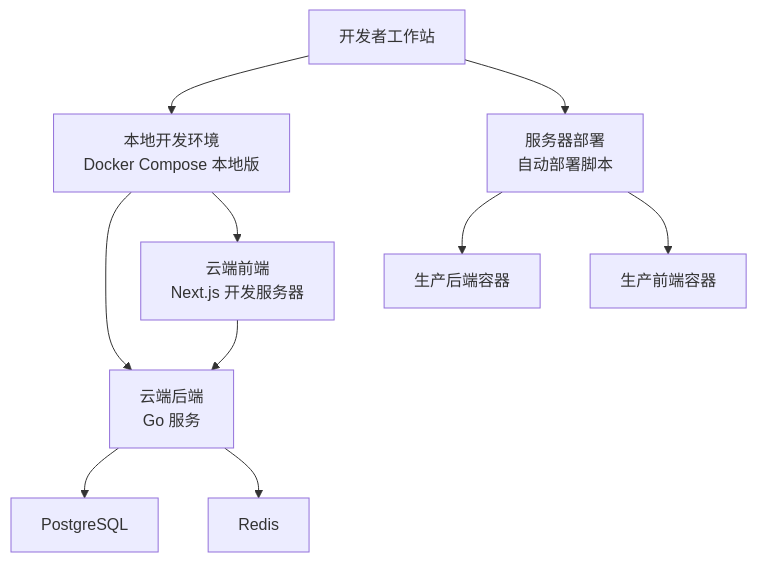
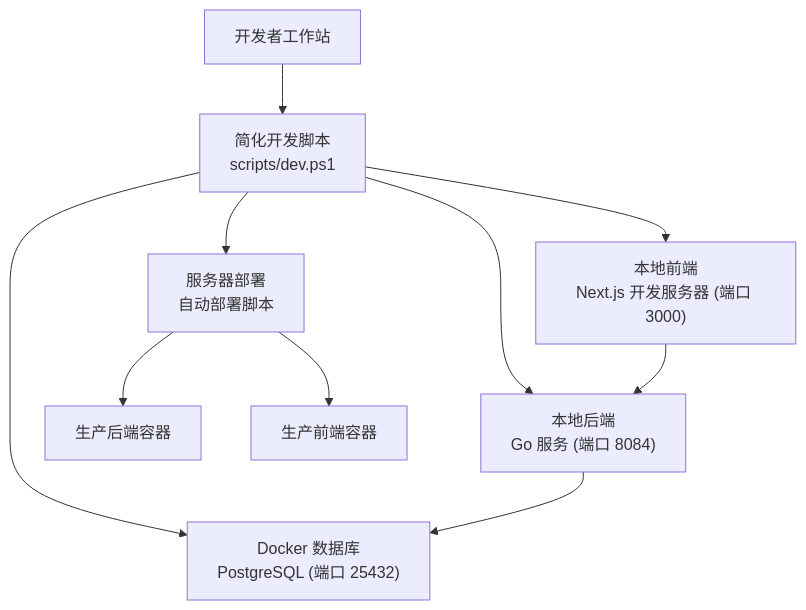
The first of 8 diagrams in .qoder/repowiki/zh/content/开发指南/开发工作流程.md (alvinwangzi/goodhr), drawn with Mermaid before and after one commit. The commit also changed other lines of this file and 10 other files, not shown here.

````diff
--- a/.qoder/repowiki/zh/content/开发指南/开发工作流程.md
+++ b/.qoder/repowiki/zh/content/开发指南/开发工作流程.md
@@ -40,12 +47,12 @@
 ```mermaid
 graph TB
-Dev["开发者工作站"] --> LocalDev["本地开发环境<br/>Docker Compose 本地版"]
-LocalDev --> Backend["云端后端<br/>Go 服务"]
-LocalDev --> Frontend["云端前端<br/>Next.js 开发服务器"]
-Backend --> DB["PostgreSQL"]
-Backend --> Cache["Redis"]
-Frontend --> Backend
-Dev --> ServerDeploy["服务器部署<br/>自动部署脚本"]
+Dev["开发者工作站"] --> DevScript["简化开发脚本<br/>scripts/dev.ps1"]
+DevScript --> LocalBackend["本地后端<br/>Go 服务 (端口 8084)"]
+DevScript --> LocalFrontend["本地前端<br/>Next.js 开发服务器 (端口 3000)"]
+DevScript --> DockerDB["Docker 数据库<br/>PostgreSQL (端口 25432)"]
+LocalBackend --> DockerDB
+LocalFrontend --> LocalBackend
+DevScript --> ServerDeploy["服务器部署<br/>自动部署脚本"]
 ServerDeploy --> ProdBackend["生产后端容器"]
 ServerDeploy --> ProdFrontend["生产前端容器"]
 ```
````
